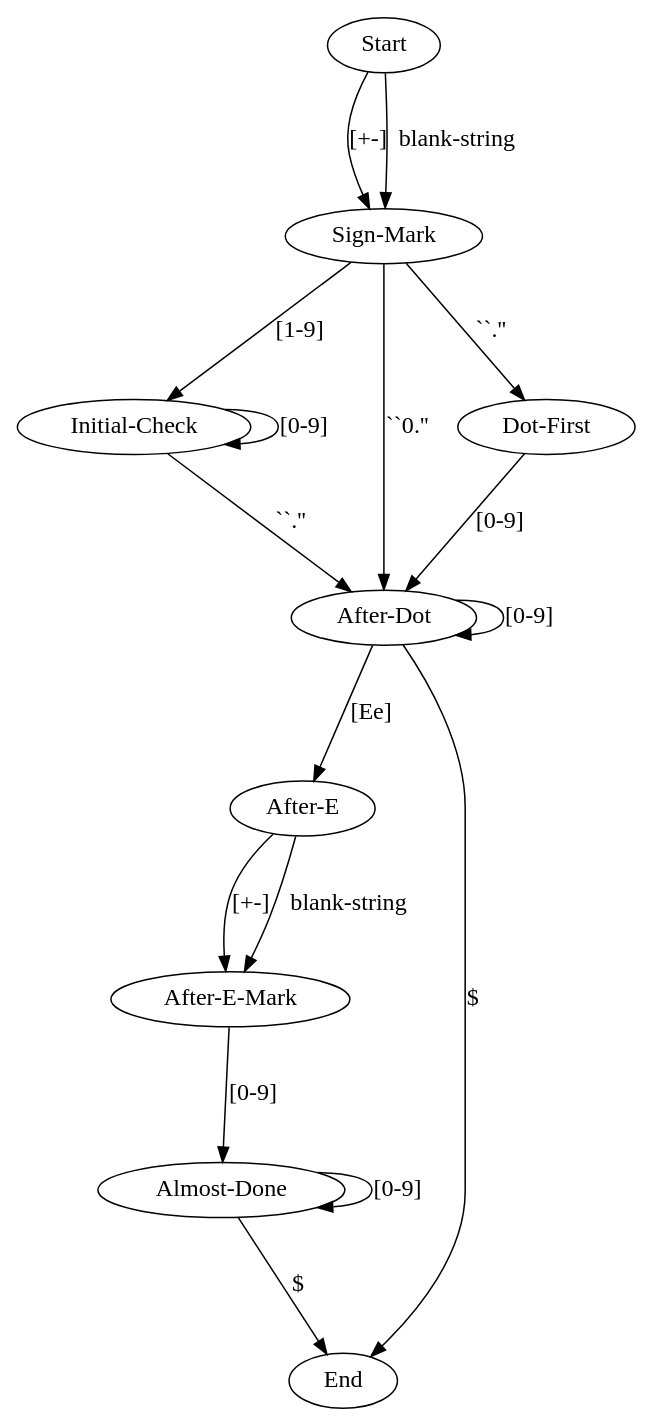
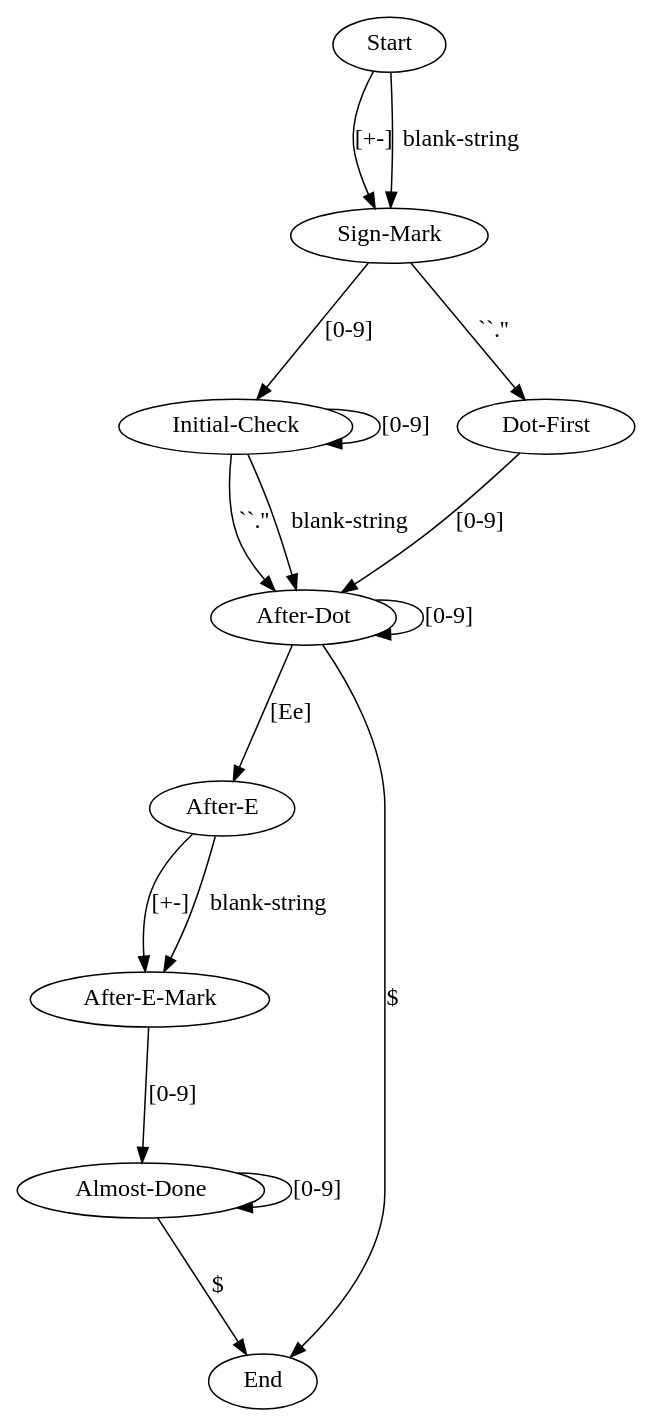
One commit to aoeuidht/homework changed the diagram in leetcode/065.valid_number.dot. Above: the diagram before and after it, drawn with Graphviz. The commit also changed 2 other files, not shown here.

```diff
--- a/leetcode/065.valid_number.dot
+++ b/leetcode/065.valid_number.dot
@@ -1,36 +1,36 @@
 digraph {
     graph [fontname = "Microsoft YaHei",fontsize=16 ranksep=1.0 splines=1 overlap=false size="16, 16" compound=true]
     edge [fontname = "Microsoft YaHei",fontsize=16]
     node [fontname = "Microsoft YaHei",fontsize=16 weight=2 rank=same width=1 rankdir=LR]
 
     p0[label="Start"]
     p2[label="Initial-Check"]
-    p3[label="After-Dot"]
     p4[label="Dot-First"]
     p5[label="After-E"]
     p6[label="After-E-Mark"]
     p7[label="Almost-Done"]
     p8[label="End"]
     p9[label="Sign-Mark"]
+    pa[label="After-Dot"]
 
 
     p0 -> p9[label="[+-]"]
     p0 -> p9[label="blank-string"]
-    p9 -> p3[label="``0.''"]    
 
     p9 -> p4[label="``.''"]
     
-    p9 -> p2[label="[1-9]"]
+    p9 -> p2[label="[0-9]"]
 
     p2 -> p2[label="[0-9]"]
-    p2 -> p3[label="``.''"]
-    p4 -> p3[label="[0-9]"]
-    p3 -> p3[label="[0-9]"]
-    p3 -> p8[label="$"]
-    p3 -> p5[label="[Ee]"]
+    p2 -> pa[label="``.''"]
+    p2 -> pa[label="blank-string"]    
+    p4 -> pa[label="[0-9]"]
+    pa -> pa[label="[0-9]"]
+    pa -> p8[label="$"]
+    pa -> p5[label="[Ee]"]
     p5 -> p6[label="[+-]"]    
     p5 -> p6[label="blank-string"]    
     p6 -> p7[label="[0-9]"]
     p7 -> p7[label="[0-9]"]    
     p7 -> p8[label="$"]    
 }
```
